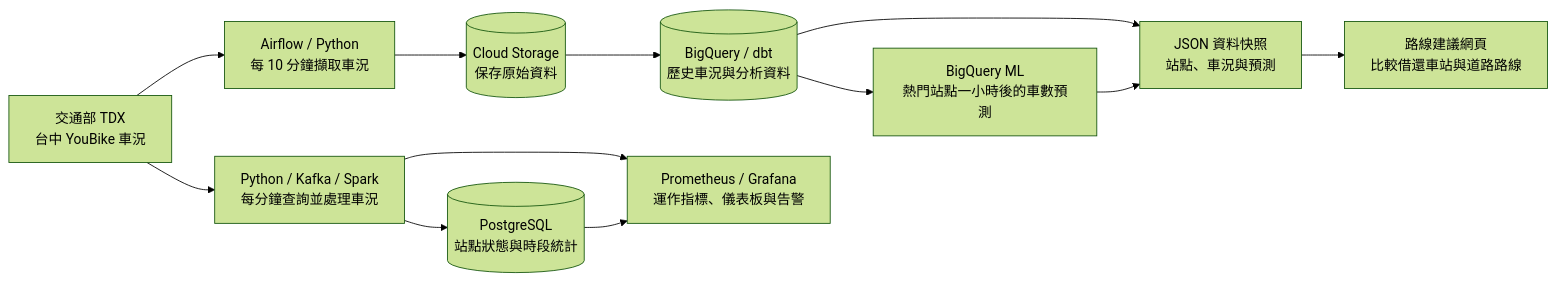
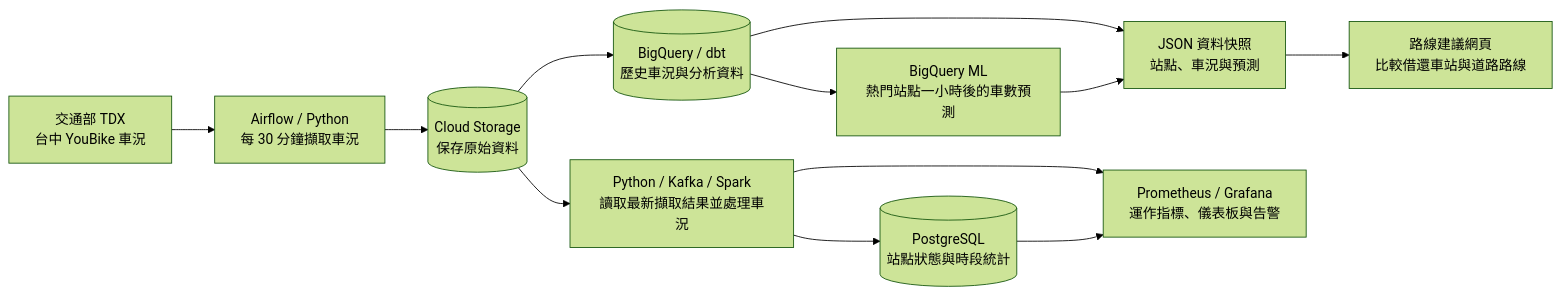
One commit to YanTingChen/youbike-data-platform changed the diagram in README.md. Above: the diagram before and after it, drawn with Mermaid (forest theme). The commit also changed other lines of this file and 1 other file, not shown here.

Commit message:
docs: 更新為每 30 分鐘擷取的設計與實測數字
串流改讀已保存資料、不再呼叫 API，並更新延遲與預測誤差的實測值。

````diff
--- a/README.md
+++ b/README.md
@@ -18,15 +18,15 @@
 ```mermaid
 flowchart LR
     TDX["交通部 TDX<br/>台中 YouBike 車況"]
-    TDX --> BATCH["Airflow / Python<br/>每 10 分鐘擷取車況"]
+    TDX --> BATCH["Airflow / Python<br/>每 30 分鐘擷取車況"]
     BATCH --> GCS[("Cloud Storage<br/>保存原始資料")]
     GCS --> BQ[("BigQuery / dbt<br/>歷史車況與分析資料")]
     BQ --> ML["BigQuery ML<br/>熱門站點一小時後的車數預測"]
     BQ --> SNAP["JSON 資料快照<br/>站點、車況與預測"]
     ML --> SNAP
     SNAP --> WEB["路線建議網頁<br/>比較借還車站與道路路線"]
-    TDX --> STREAM["Python / Kafka / Spark<br/>每分鐘查詢並處理車況"]
+    GCS --> STREAM["Python / Kafka / Spark<br/>讀取最新擷取結果並處理車況"]
     STREAM --> PG[("PostgreSQL<br/>站點狀態與時段統計")]
     STREAM --> MON["Prometheus / Grafana<br/>運作指標、儀表板與告警"]
     PG --> MON
 ```
````
